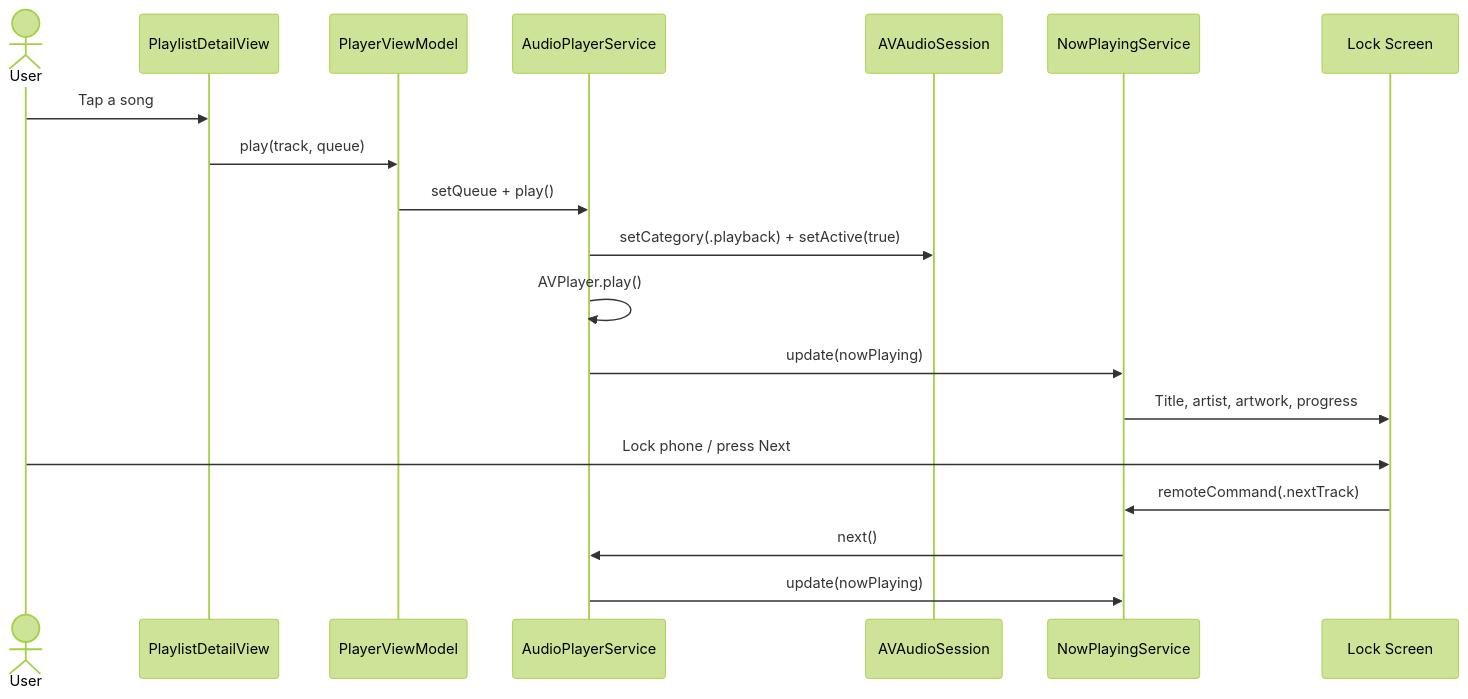
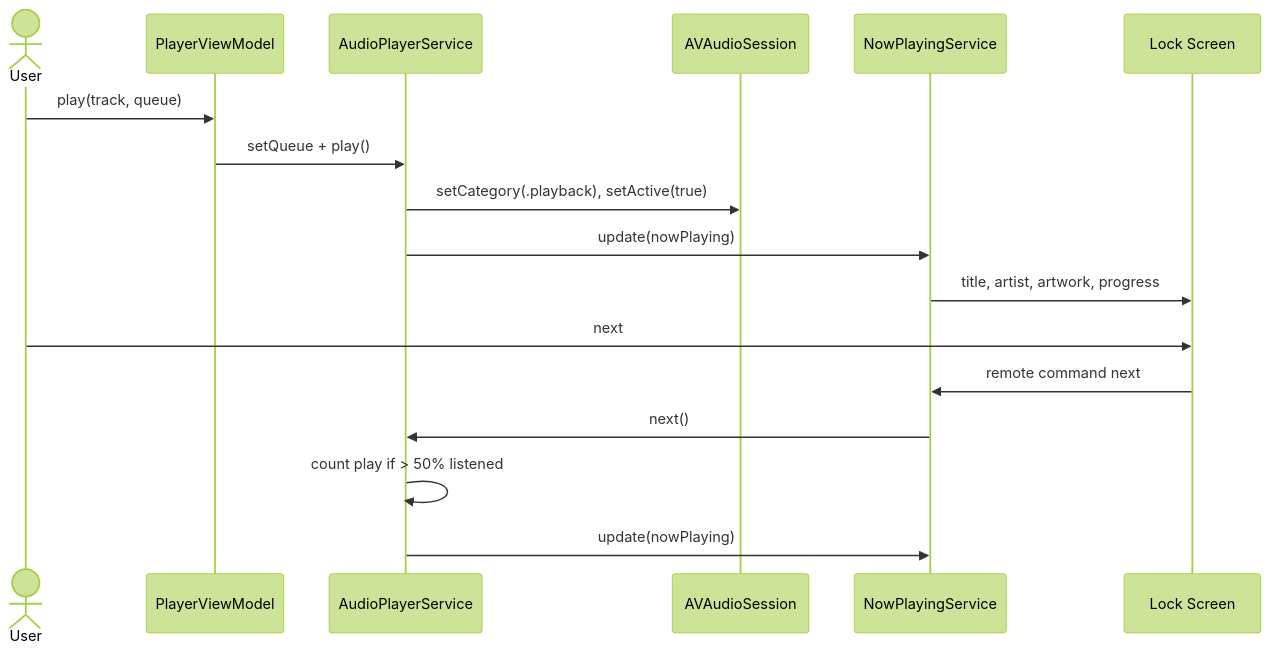
One commit to sabrinasalomon/CoryMusic changed the third of 5 diagrams in docs/ARCHITECTURE.md. Above: the diagram before and after it, drawn with Mermaid (forest theme). The commit also changed other lines of this file and 9 other files, not shown here.

````diff
--- a/docs/ARCHITECTURE.md
+++ b/docs/ARCHITECTURE.md
@@ -110,22 +124,20 @@
 ```mermaid
 sequenceDiagram
     actor U as User
-    participant PV as PlaylistDetailView
     participant PVM as PlayerViewModel
     participant AP as AudioPlayerService
     participant AS as AVAudioSession
     participant NP as NowPlayingService
     participant LS as Lock Screen
 
-    U->>PV: Tap a song
-    PV->>PVM: play(track, queue)
+    U->>PVM: play(track, queue)
     PVM->>AP: setQueue + play()
-    AP->>AS: setCategory(.playback) + setActive(true)
-    AP->>AP: AVPlayer.play()
+    AP->>AS: setCategory(.playback), setActive(true)
     AP->>NP: update(nowPlaying)
-    NP->>LS: Title, artist, artwork, progress
-    U->>LS: Lock phone / press Next
-    LS->>NP: remoteCommand(.nextTrack)
+    NP->>LS: title, artist, artwork, progress
+    U->>LS: next
+    LS->>NP: remote command next
     NP->>AP: next()
+    AP->>AP: count play if > 50% listened
     AP->>NP: update(nowPlaying)
 ```
````
